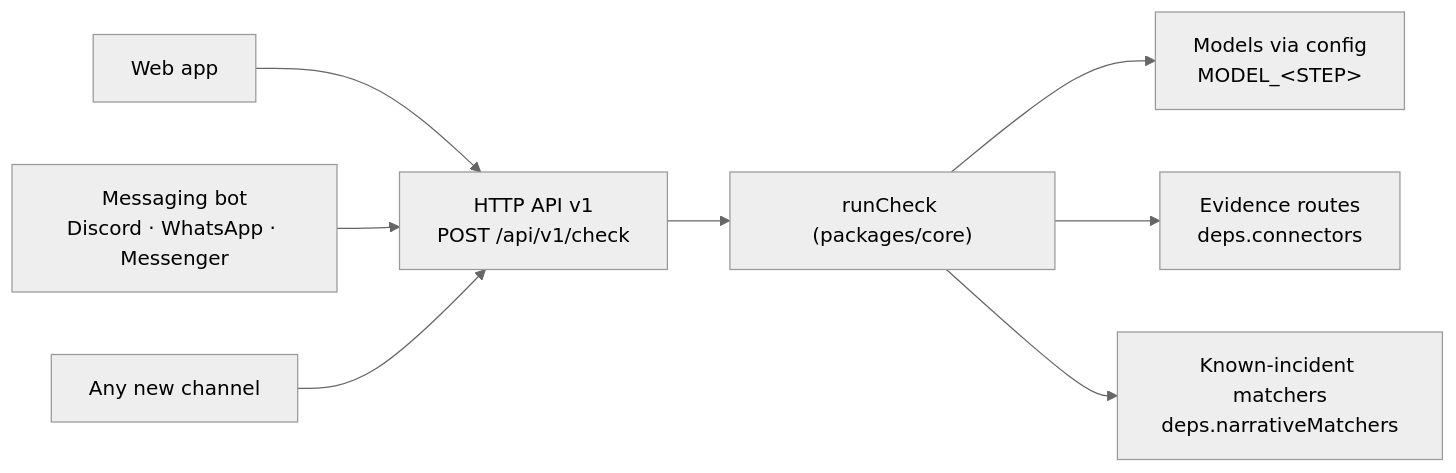
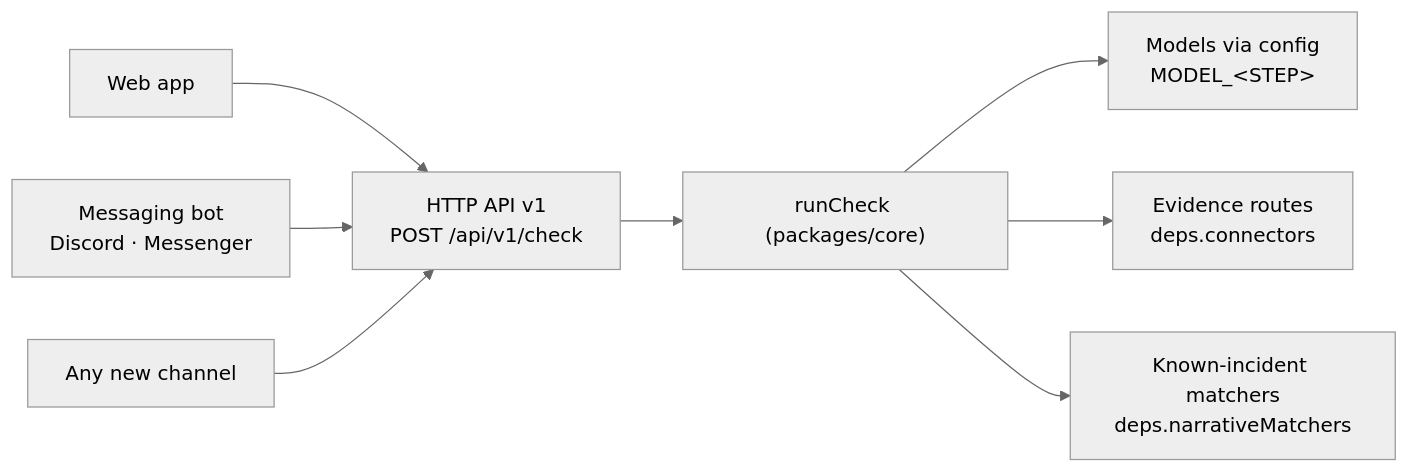
One commit to MuchaSsak/prawowid changed the diagram in .agents/project-info/architecture/extensibility.md. Above: the diagram before and after it, drawn with Mermaid (neutral theme). The commit also changed other lines of this file and 44 other files, not shown here.

First line of the commit message:
feat: drop WhatsApp everywhere, privacy page matches the code

````diff
--- a/.agents/project-info/architecture/extensibility.md
+++ b/.agents/project-info/architecture/extensibility.md
@@ -5,10 +5,10 @@
 ```mermaid
 flowchart LR
   W["Web app"] --> API
-  B["Messaging bot<br/>Discord · WhatsApp · Messenger"] --> API
+  B["Messaging bot<br/>Discord · Messenger"] --> API
   X["Any new channel"] --> API
   API["HTTP API v1<br/>POST /api/v1/check"] --> CORE["runCheck (packages/core)"]
   CORE --> M["Models via config<br/>MODEL_&lt;STEP&gt;"]
   CORE --> S["Evidence routes<br/>deps.connectors"]
   CORE --> N["Known-incident matchers<br/>deps.narrativeMatchers"]
 ```
````
